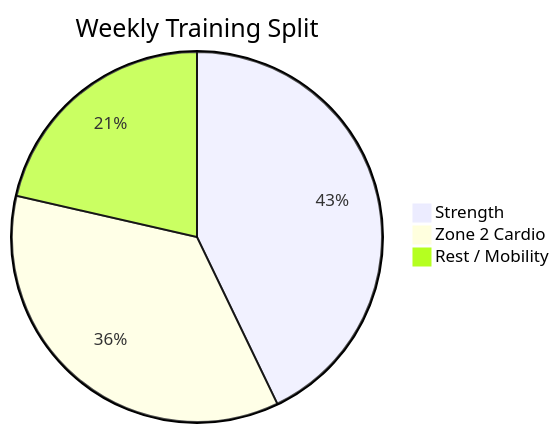
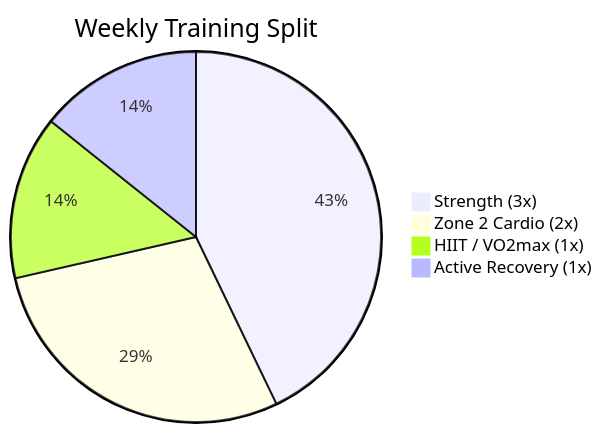
One commit to Cyvid7-Darus10/peak-self changed the second of 7 diagrams in fitness/training-protocol.md. Above: the diagram before and after it, drawn with Mermaid. The commit also changed other lines of this file and 4 other files, not shown here.

````diff
--- a/fitness/training-protocol.md
+++ b/fitness/training-protocol.md
@@ -37,6 +39,7 @@
 ```mermaid
 pie title Weekly Training Split
-    "Strength" : 3
-    "Zone 2 Cardio" : 2.5
-    "Rest / Mobility" : 1.5
+    "Strength (3x)" : 3
+    "Zone 2 Cardio (2x)" : 2
+    "HIIT / VO2max (1x)" : 1
+    "Active Recovery (1x)" : 1
 ```
````
